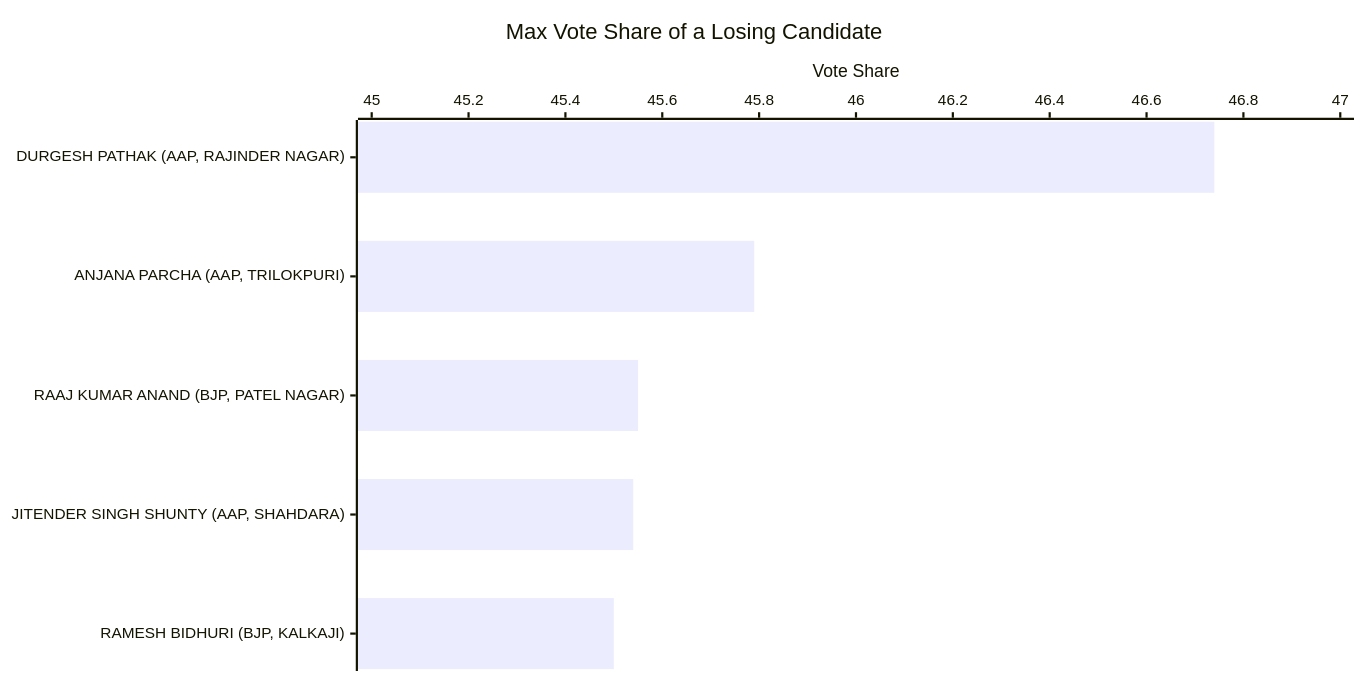
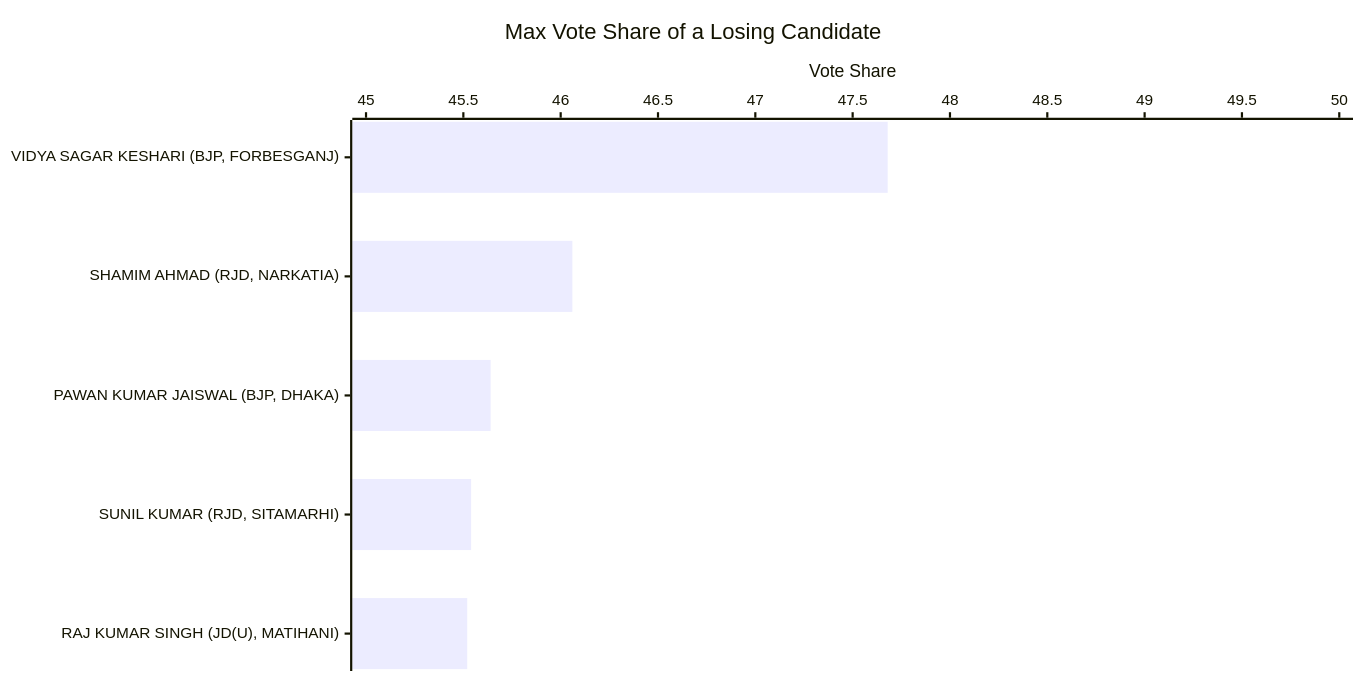
Before and after one commit to arjunswaj/elections: diagram 14 of 23 in BIHAR-GRAPH.md, drawn with Mermaid. The commit also changed other lines of this file and 5 other files, not shown here.

````diff
--- a/BIHAR-GRAPH.md
+++ b/BIHAR-GRAPH.md
@@ -298,17 +293,17 @@
 ```mermaid
 ---
 config:
     xyChart:
         width: 1200
         height: 600
         chartOrientation: horizontal
         dataLabels:
             enabled: true
             placement: end
 ---
 xychart-beta
     title "Max Vote Share of a Losing Candidate"
-    x-axis ["DURGESH PATHAK (AAP, RAJINDER NAGAR)", "ANJANA PARCHA (AAP, TRILOKPURI)", "RAAJ KUMAR ANAND (BJP, PATEL NAGAR)", "JITENDER SINGH SHUNTY (AAP, SHAHDARA)", "RAMESH BIDHURI (BJP, KALKAJI)"]
-    y-axis "Vote Share" 45 --> 47
-    bar [46.74, 45.79, 45.55, 45.54, 45.50]
+    x-axis ["VIDYA SAGAR KESHARI (BJP, FORBESGANJ)", "SHAMIM AHMAD (RJD, NARKATIA)", "PAWAN KUMAR JAISWAL (BJP, DHAKA)", "SUNIL KUMAR (RJD, SITAMARHI)", "RAJ KUMAR SINGH (JD(U), MATIHANI)"]
+    y-axis "Vote Share" 45 --> 50
+    bar [47.6800, 46.0600, 45.6400, 45.5400, 45.5200]
 ```
````
